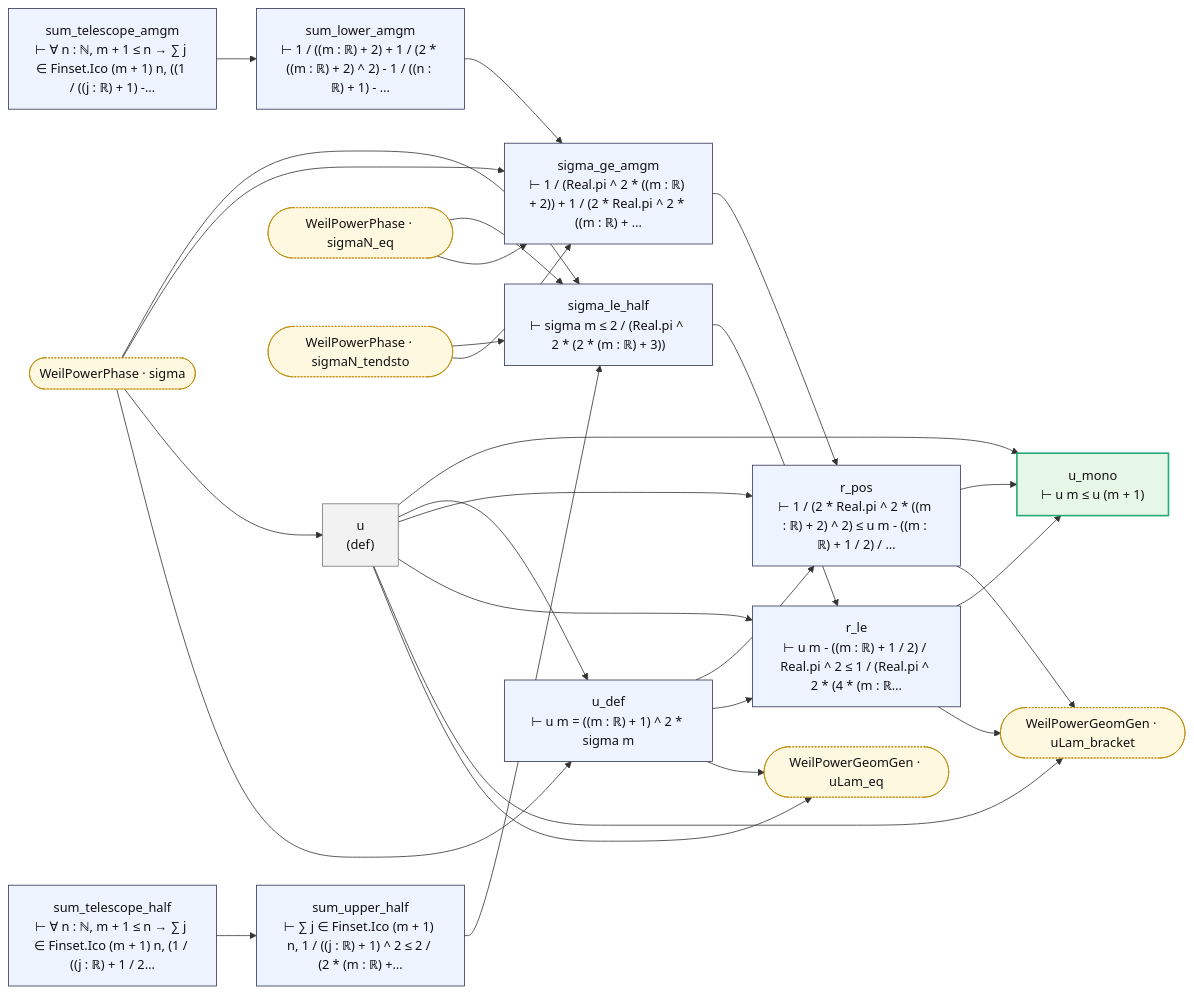
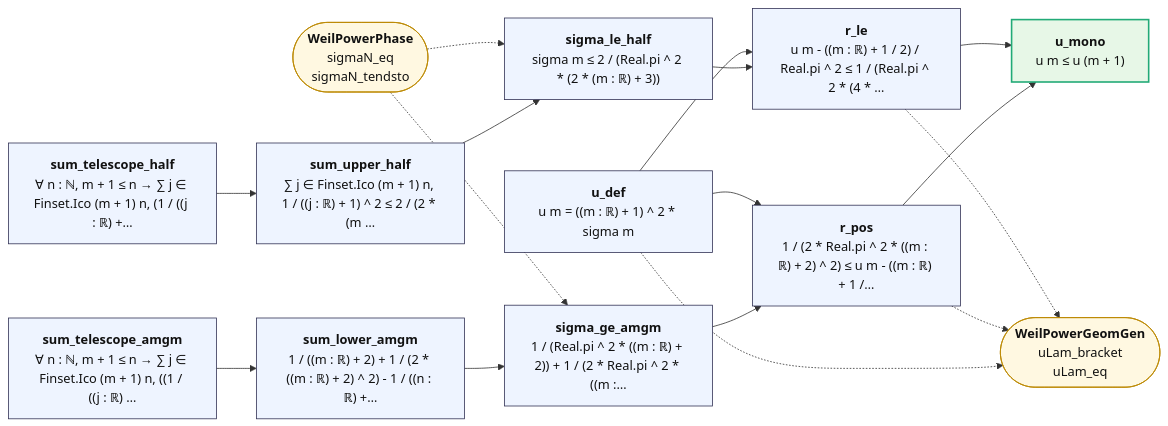
The diagram in map/lean_stage3/WeilPowerSigma.md (juliansambranojr/Primebeat_081426), drawn with Mermaid before and after one commit. The commit also changed other lines of this file and 387 other files, not shown here.

````diff
--- a/map/lean_stage3/WeilPowerSigma.md
+++ b/map/lean_stage3/WeilPowerSigma.md
@@ -8,52 +12,35 @@
 ```mermaid
 flowchart LR
-  n0["sum_telescope_half<br/>⊢ ∀ n : ℕ, m + 1 ≤ n → ∑ j ∈ Finset.Ico (m + 1) n, (1 / ((j : ℝ) + 1 / 2…"]:::thm
-  n1["sum_upper_half<br/>⊢ ∑ j ∈ Finset.Ico (m + 1) n, 1 / ((j : ℝ) + 1) ^ 2 ≤ 2 / (2 * (m : ℝ) +…"]:::thm
-  n2["sum_telescope_amgm<br/>⊢ ∀ n : ℕ, m + 1 ≤ n → ∑ j ∈ Finset.Ico (m + 1) n, ((1 / ((j : ℝ) + 1) -…"]:::thm
-  n3["sum_lower_amgm<br/>⊢ 1 / ((m : ℝ) + 2) + 1 / (2 * ((m : ℝ) + 2) ^ 2) - 1 / ((n : ℝ) + 1) - …"]:::thm
-  n4["sigma_le_half<br/>⊢ sigma m ≤ 2 / (Real.pi ^ 2 * (2 * (m : ℝ) + 3))"]:::thm
-  n5["sigma_ge_amgm<br/>⊢ 1 / (Real.pi ^ 2 * ((m : ℝ) + 2)) + 1 / (2 * Real.pi ^ 2 * ((m : ℝ) + …"]:::thm
-  n6["u<br/>(def)"]:::dfn
-  n7["u_def<br/>⊢ u m = ((m : ℝ) + 1) ^ 2 * sigma m"]:::thm
-  n8["r_pos<br/>⊢ 1 / (2 * Real.pi ^ 2 * ((m : ℝ) + 2) ^ 2) ≤ u m - ((m : ℝ) + 1 / 2) / …"]:::thm
-  n9["r_le<br/>⊢ u m - ((m : ℝ) + 1 / 2) / Real.pi ^ 2 ≤ 1 / (Real.pi ^ 2 * (4 * (m : ℝ…"]:::thm
-  n10["u_mono<br/>⊢ u m ≤ u (m + 1)"]:::end_
-  x0(["WeilPowerGeomGen · uLam_bracket"]):::ext
-  x1(["WeilPowerGeomGen · uLam_eq"]):::ext
-  x2(["WeilPowerPhase · sigma"]):::ext
-  x3(["WeilPowerPhase · sigmaN_eq"]):::ext
-  x4(["WeilPowerPhase · sigmaN_tendsto"]):::ext
+  n0["<b>sum_telescope_half</b><br/>∀ n : ℕ, m + 1 ≤ n → ∑ j ∈ Finset.Ico (m + 1) n, (1 / ((j : ℝ) +…"]:::thm
+  n1["<b>sum_upper_half</b><br/>∑ j ∈ Finset.Ico (m + 1) n, 1 / ((j : ℝ) + 1) ^ 2 ≤ 2 / (2 * (m …"]:::thm
+  n2["<b>sum_telescope_amgm</b><br/>∀ n : ℕ, m + 1 ≤ n → ∑ j ∈ Finset.Ico (m + 1) n, ((1 / ((j : ℝ) …"]:::thm
+  n3["<b>sum_lower_amgm</b><br/>1 / ((m : ℝ) + 2) + 1 / (2 * ((m : ℝ) + 2) ^ 2) - 1 / ((n : ℝ) +…"]:::thm
+  n4["<b>sigma_le_half</b><br/>sigma m ≤ 2 / (Real.pi ^ 2 * (2 * (m : ℝ) + 3))"]:::thm
+  n5["<b>sigma_ge_amgm</b><br/>1 / (Real.pi ^ 2 * ((m : ℝ) + 2)) + 1 / (2 * Real.pi ^ 2 * ((m :…"]:::thm
+  n6["<b>u_def</b><br/>u m = ((m : ℝ) + 1) ^ 2 * sigma m"]:::thm
+  n7["<b>r_pos</b><br/>1 / (2 * Real.pi ^ 2 * ((m : ℝ) + 2) ^ 2) ≤ u m - ((m : ℝ) + 1 /…"]:::thm
+  n8["<b>r_le</b><br/>u m - ((m : ℝ) + 1 / 2) / Real.pi ^ 2 ≤ 1 / (Real.pi ^ 2 * (4 * …"]:::thm
+  n9["<b>u_mono</b><br/>u m ≤ u (m + 1)"]:::end_
+  x0(["<b>WeilPowerPhase</b><br/>sigmaN_eq<br/>sigmaN_tendsto"]):::ext
+  x1(["<b>WeilPowerGeomGen</b><br/>uLam_bracket<br/>uLam_eq"]):::ext
   n0 --> n1
   n1 --> n4
   n2 --> n3
   n3 --> n5
-  n4 --> n9
-  n5 --> n8
-  n6 --> n10
+  n4 --> n8
+  n5 --> n7
   n6 --> n7
   n6 --> n8
-  n6 --> n9
-  n6 --> x0
-  n6 --> x1
-  n7 --> n8
   n7 --> n9
-  n7 --> x1
-  n8 --> n10
-  n8 --> x0
-  n9 --> n10
-  n9 --> x0
-  x2 --> n4
-  x2 --> n5
-  x2 --> n6
-  x2 --> n7
-  x3 --> n4
-  x3 --> n5
-  x4 --> n4
-  x4 --> n5
+  n8 --> n9
+  n6 -.-> x1
+  n7 -.-> x1
+  n8 -.-> x1
+  x0 -.-> n4
+  x0 -.-> n5
   classDef thm fill:#eef4ff,stroke:#335,color:#111
-  classDef dfn fill:#f2f2f2,stroke:#777,color:#111
   classDef end_ fill:#e7f7e7,stroke:#2a7,color:#111,stroke-width:2px
   classDef lone fill:#fff,stroke:#999,color:#111,stroke-dasharray:4 3
   classDef bad fill:#ffe5e5,stroke:#c22,color:#111,stroke-width:2px
-  classDef ext fill:#fff8e1,stroke:#b80,color:#111,stroke-dasharray:2 2
+  classDef ext fill:#fff8e1,stroke:#b80,color:#111
 ```
````
